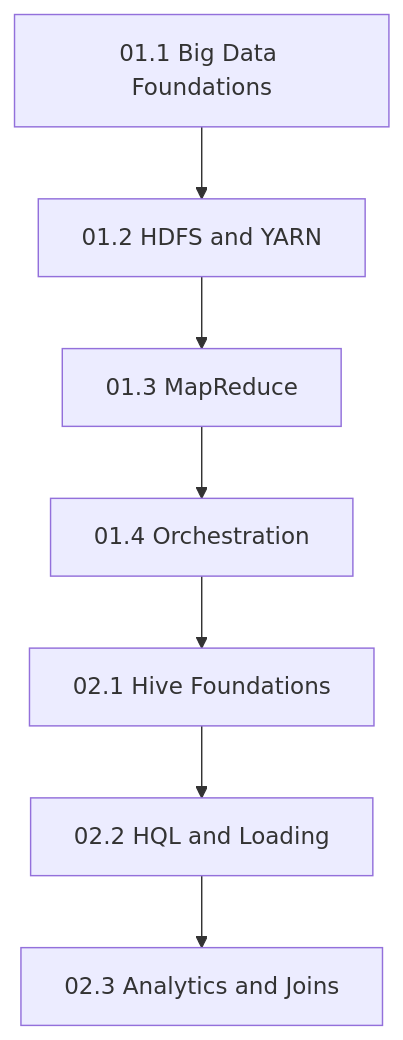
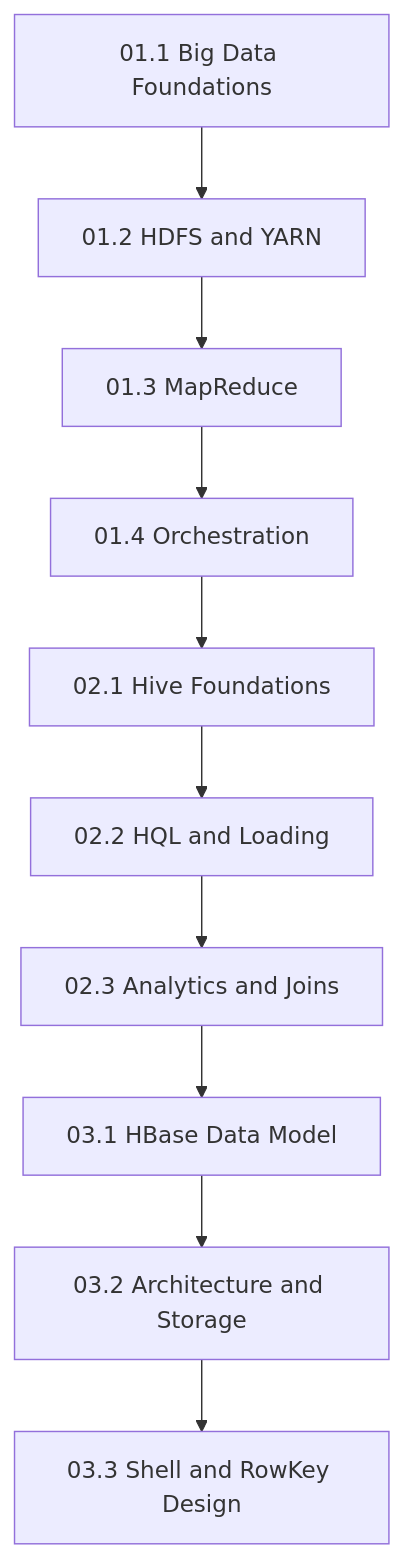
Before and after one commit to mdanmek/nida-dads-notes: the diagram in dads6002-big-data-analytics/summary/000_readme.md, drawn with Mermaid. The commit also changed other lines of this file, not shown here.

Commit message:
add HBase chapters to DADS6002 summary index

````diff
--- a/dads6002-big-data-analytics/summary/000_readme.md
+++ b/dads6002-big-data-analytics/summary/000_readme.md
@@ -98,9 +112,12 @@
 ```mermaid
 flowchart TD
     A["01.1 Big Data Foundations"] --> B["01.2 HDFS and YARN"]
     B --> C["01.3 MapReduce"]
     C --> D["01.4 Orchestration"]
     D --> E["02.1 Hive Foundations"]
     E --> F["02.2 HQL and Loading"]
     F --> G["02.3 Analytics and Joins"]
+    G --> H["03.1 HBase Data Model"]
+    H --> I["03.2 Architecture and Storage"]
+    I --> J["03.3 Shell and RowKey Design"]
 ```
````
